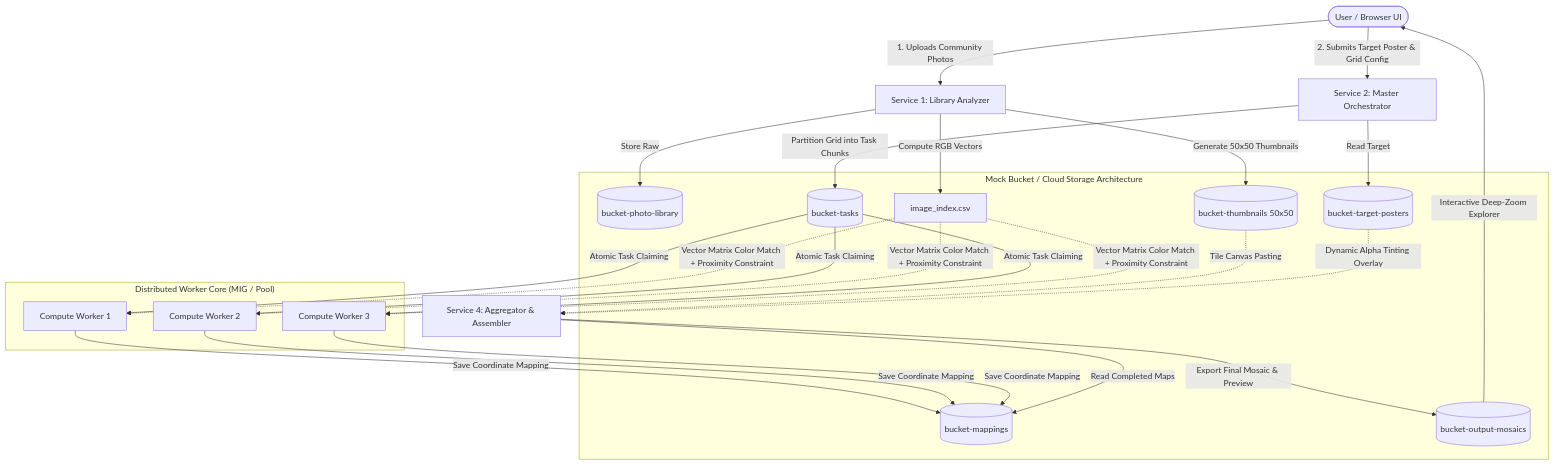
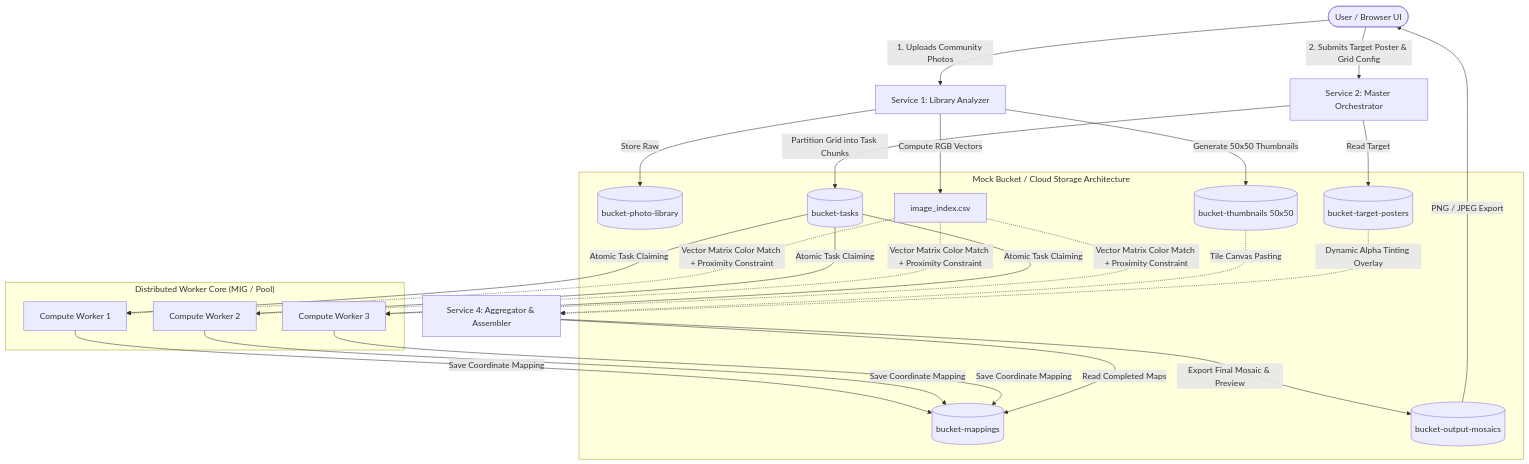
The diagram in README.md (jamesGITrep/PIXEL), drawn with Mermaid before and after one commit. The commit also changed other lines of this file and 79 other files, not shown here.

````diff
--- a/README.md
+++ b/README.md
@@ -13,46 +13,46 @@
 ```mermaid
 graph TD
     User([User / Browser UI]) -->|1. Uploads Community Photos| S1[Service 1: Library Analyzer]
     User -->|2. Submits Target Poster & Grid Config| S2[Service 2: Master Orchestrator]
 
     subgraph Storage ["Mock Bucket / Cloud Storage Architecture"]
         B_PHOTO[(bucket-photo-library)]
         B_THUMB[(bucket-thumbnails 50x50)]
         CSV_IDX[image_index.csv]
         B_TARGET[(bucket-target-posters)]
         B_TASKS[(bucket-tasks)]
         B_MAPS[(bucket-mappings)]
         B_OUT[(bucket-output-mosaics)]
     end
 
     S1 -->|Store Raw| B_PHOTO
     S1 -->|Generate 50x50 Thumbnails| B_THUMB
     S1 -->|Compute RGB Vectors| CSV_IDX
 
     S2 -->|Read Target| B_TARGET
     S2 -->|Partition Grid into Task Chunks| B_TASKS
 
     subgraph Cluster ["Distributed Worker Core (MIG / Pool)"]
         W1[Compute Worker 1]
         W2[Compute Worker 2]
         W3[Compute Worker 3]
     end
 
     B_TASKS -->|Atomic Task Claiming| W1
     B_TASKS -->|Atomic Task Claiming| W2
     B_TASKS -->|Atomic Task Claiming| W3
 
     CSV_IDX -.->|Vector Matrix Color Match + Proximity Constraint| W1
     CSV_IDX -.->|Vector Matrix Color Match + Proximity Constraint| W2
     CSV_IDX -.->|Vector Matrix Color Match + Proximity Constraint| W3
 
     W1 -->|Save Coordinate Mapping| B_MAPS
     W2 -->|Save Coordinate Mapping| B_MAPS
     W3 -->|Save Coordinate Mapping| B_MAPS
 
     S4[Service 4: Aggregator & Assembler] -->|Read Completed Maps| B_MAPS
     B_THUMB -.->|Tile Canvas Pasting| S4
     B_TARGET -.->|Dynamic Alpha Tinting Overlay| S4
     S4 -->|Export Final Mosaic & Preview| B_OUT
-    B_OUT -->|Interactive Deep-Zoom Explorer| User
+    B_OUT -->|PNG / JPEG Export| User
 ```
````
